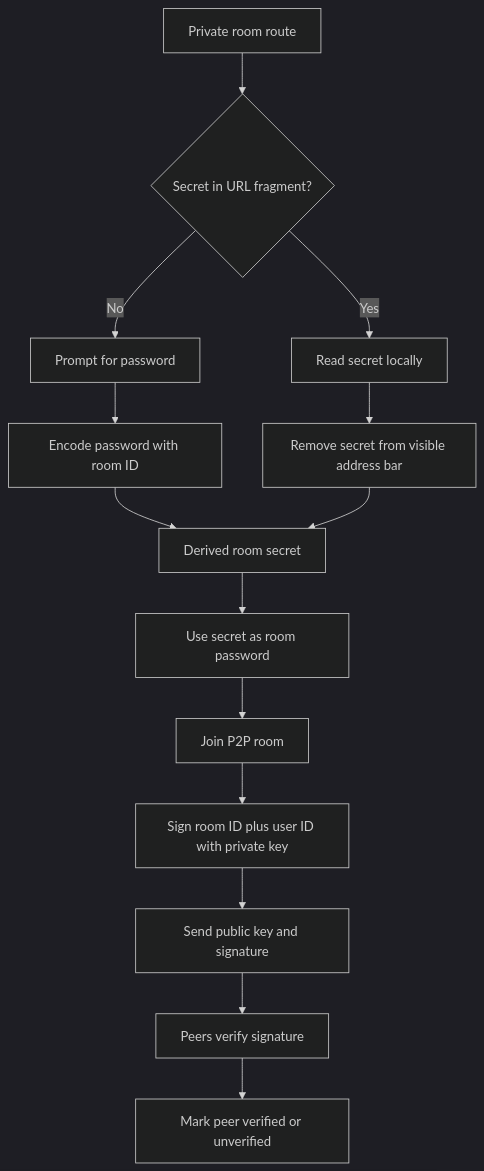
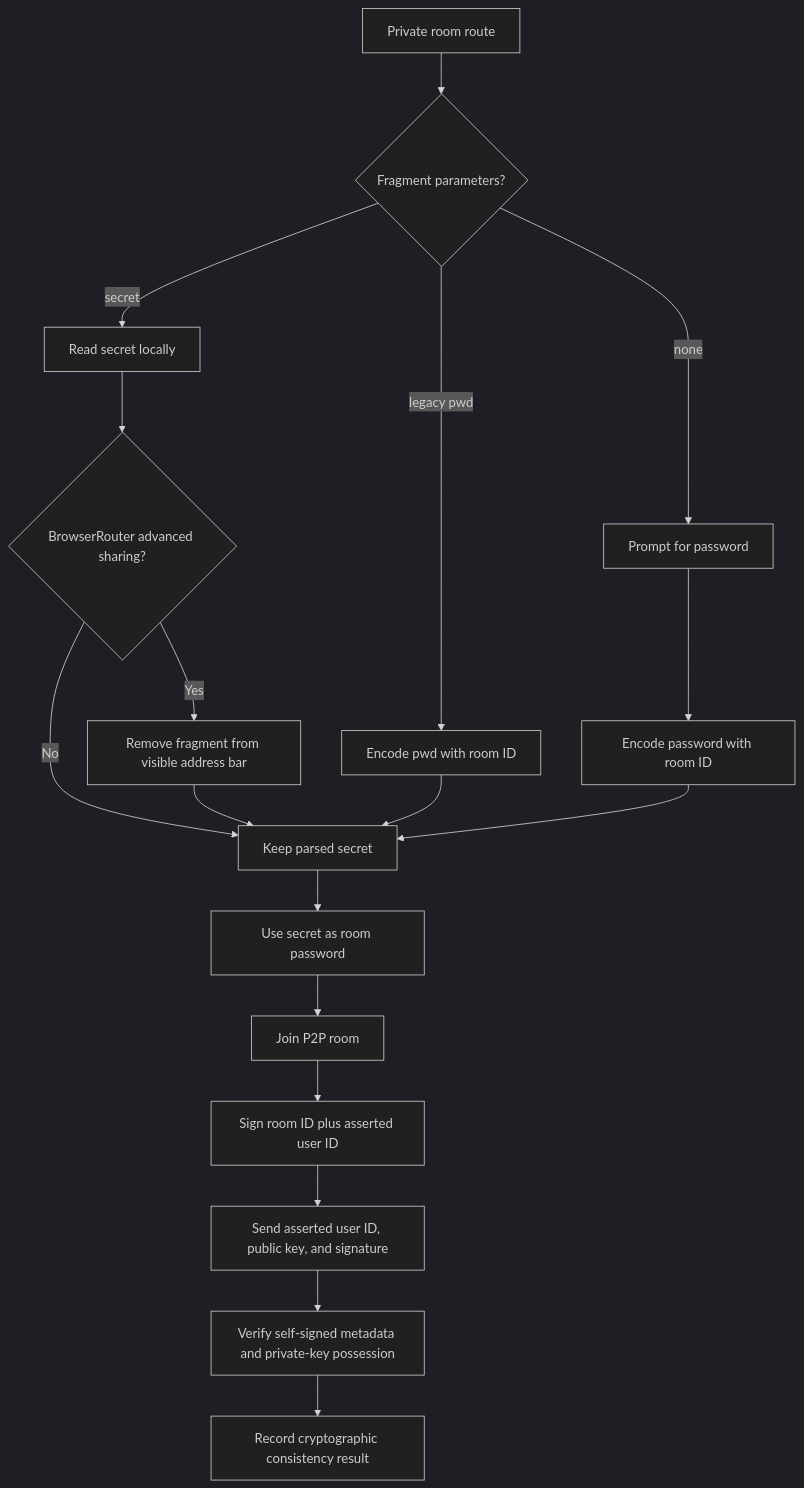
Before and after one commit to drunkod/chitchatter: the eighth of 9 diagrams in docs/architecture/codebase-runtime.md, drawn with Mermaid (dark theme). The commit also changed other lines of this file and 1 other file, not shown here.

Commit message:
Refine architecture docs for media and links

````diff
--- a/docs/architecture/codebase-runtime.md
+++ b/docs/architecture/codebase-runtime.md
@@ -200,17 +214,21 @@
 ```mermaid
 flowchart TD
-    Route[Private room route] --> Fragment{Secret in URL fragment?}
-    Fragment -- Yes --> Capture[Read secret locally]
-    Capture --> Clear[Remove secret from visible address bar]
-    Fragment -- No --> Prompt[Prompt for password]
+    Route[Private room route] --> Fragment{Fragment parameters?}
+    Fragment -- secret --> Read[Read secret locally]
+    Read --> Advanced{BrowserRouter advanced sharing?}
+    Advanced -- Yes --> Clear[Remove fragment from visible address bar]
+    Advanced -- No --> Secret[Keep parsed secret]
+    Clear --> Secret
+    Fragment -- legacy pwd --> Legacy[Encode pwd with room ID]
+    Legacy --> Secret
+    Fragment -- none --> Prompt[Prompt for password]
     Prompt --> Encode[Encode password with room ID]
-    Encode --> Secret[Derived room secret]
-    Clear --> Secret
+    Encode --> Secret
     Secret --> RoomConfig[Use secret as room password]
     RoomConfig --> Join[Join P2P room]
 
-    Join --> Identity[Sign room ID plus user ID with private key]
-    Identity --> Metadata[Send public key and signature]
-    Metadata --> Verify[Peers verify signature]
-    Verify --> State[Mark peer verified or unverified]
+    Join --> Proof[Sign room ID plus asserted user ID]
+    Proof --> Metadata[Send asserted user ID, public key, and signature]
+    Metadata --> Verify[Verify self-signed metadata and private-key possession]
+    Verify --> State[Record cryptographic consistency result]
 ```
````
